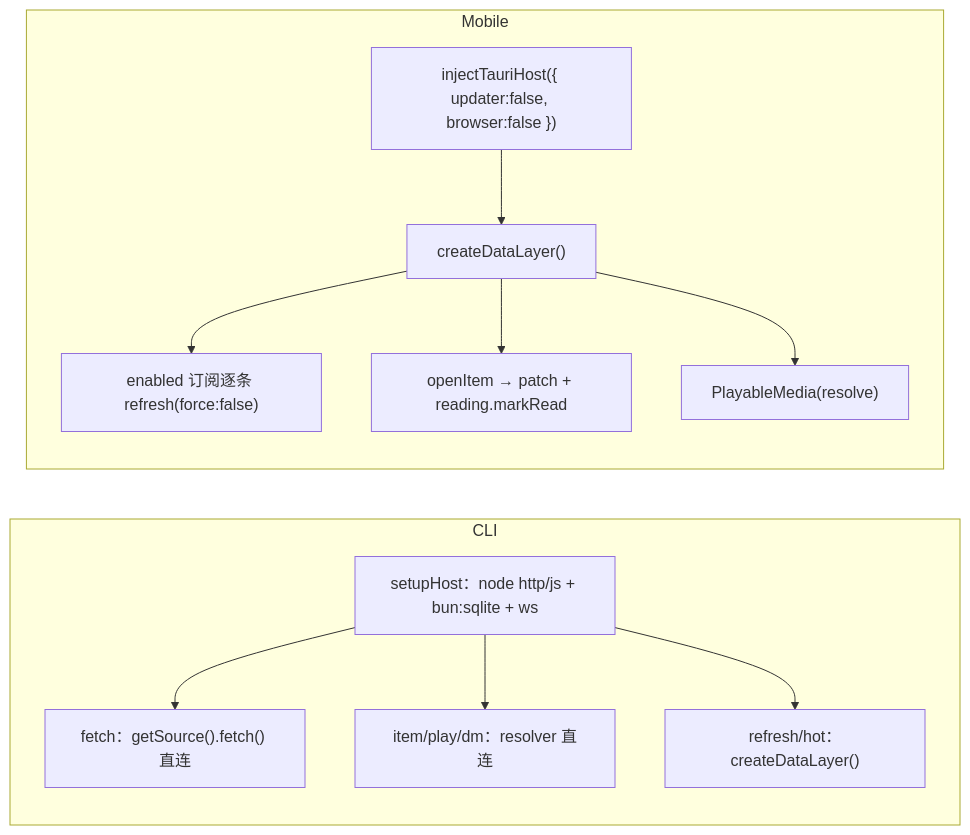
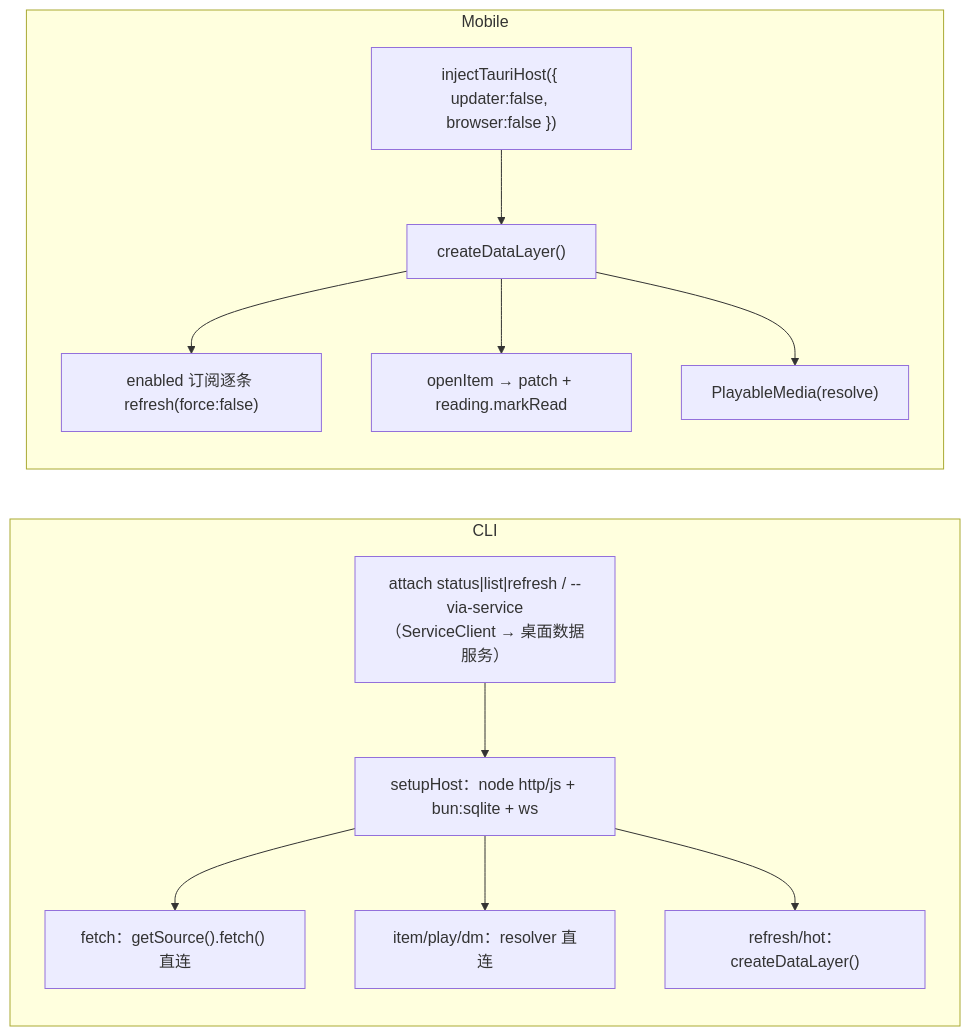
One commit to sakiko999/tauri-rss changed diagram 11 of 11 in docs/architecture/system/03-flows.md. Above: the diagram before and after it, drawn with Mermaid. The commit also changed other lines of this file and 33 other files, not shown here.

````diff
--- a/docs/architecture/system/03-flows.md
+++ b/docs/architecture/system/03-flows.md
@@ -456,14 +460,15 @@
 ```mermaid
 flowchart LR
   subgraph CLI
-    C1["setupHost：node http/js + bun:sqlite + ws"] --> C2["fetch：getSource().fetch() 直连"]
+    C0["attach status|list|refresh / --via-service<br/>（ServiceClient → 桌面数据服务）"] --> C1["setupHost：node http/js + bun:sqlite + ws"]
+    C1 --> C2["fetch：getSource().fetch() 直连"]
     C1 --> C3["item/play/dm：resolver 直连"]
     C1 --> C4["refresh/hot：createDataLayer()"]
   end
   subgraph Mobile
     M1["injectTauriHost({ updater:false, browser:false })"] --> M2["createDataLayer()"]
     M2 --> M3["enabled 订阅逐条 refresh(force:false)"]
     M2 --> M4["openItem → patch + reading.markRead"]
     M2 --> M5["PlayableMedia(resolve)"]
   end
 ```
````
